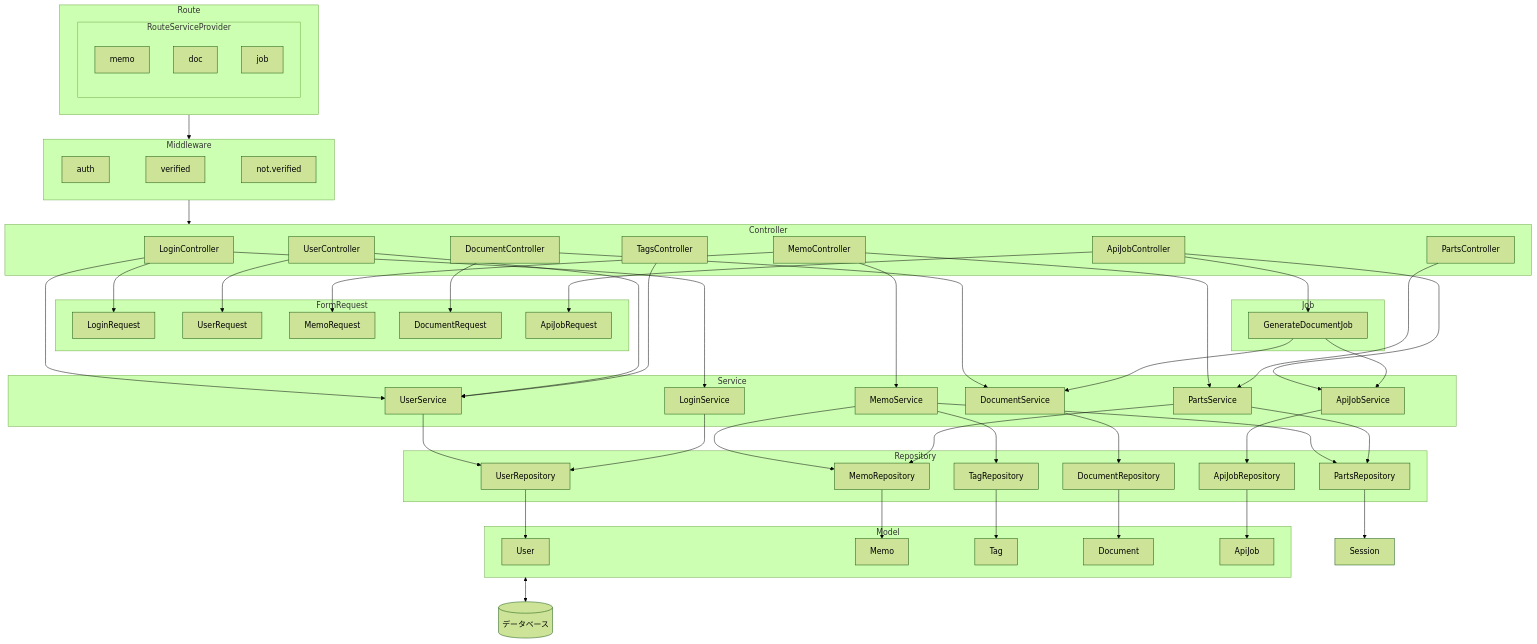
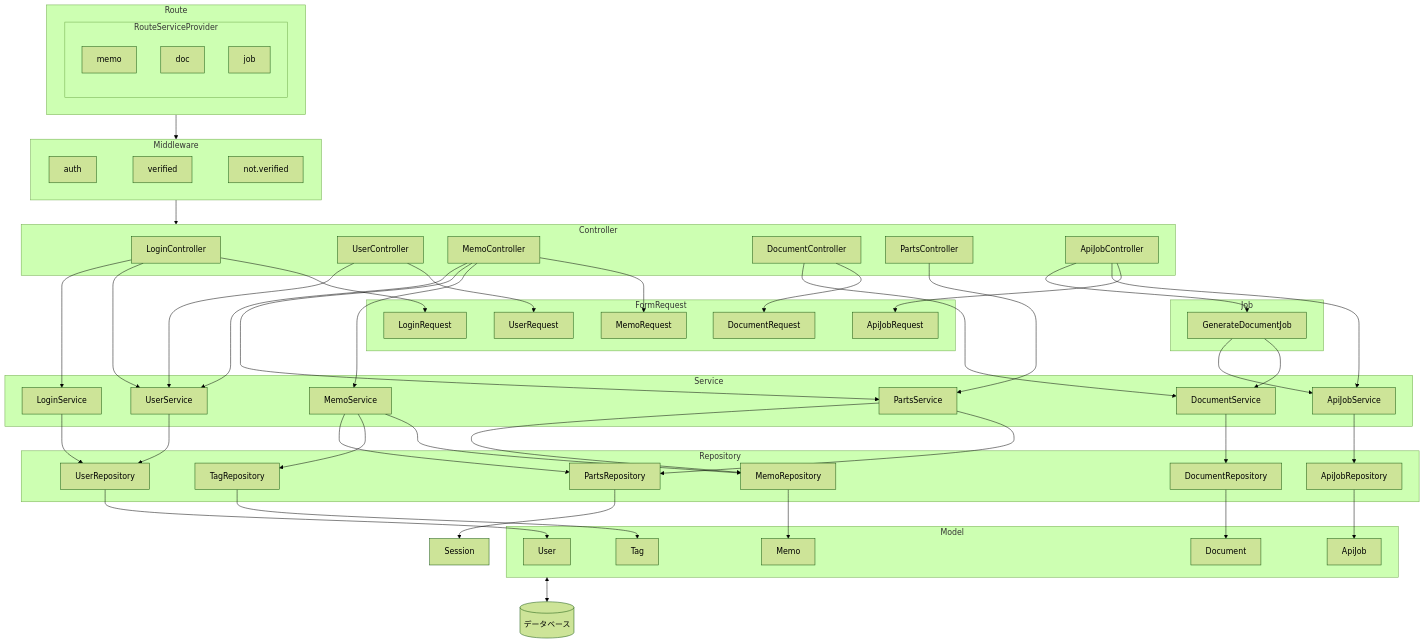
The diagram in docs/class.md (joyrswd/memodoc), drawn with Mermaid (forest theme) before and after one commit. The commit also changed other lines of this file and 8 other files, not shown here.

```diff
--- a/docs/class.md
+++ b/docs/class.md
@@ -52,7 +52,6 @@
         DocumentController --> DocumentRequest
         PartsController
         ApiJobController --> ApiJobRequest
-        TagsController
     end
     subgraph Job
         GenerateDocumentJob
@@ -67,11 +66,11 @@
     UserController --> UserService
     MemoController --> MemoService
     MemoController --> PartsService
+    MemoController --> UserService
     DocumentController --> DocumentService
     PartsController --> PartsService
     ApiJobController --> ApiJobService
     ApiJobController --> GenerateDocumentJob
-    TagsController --> UserService
 
     UserService --> UserRepository
     LoginService --> UserRepository
```
